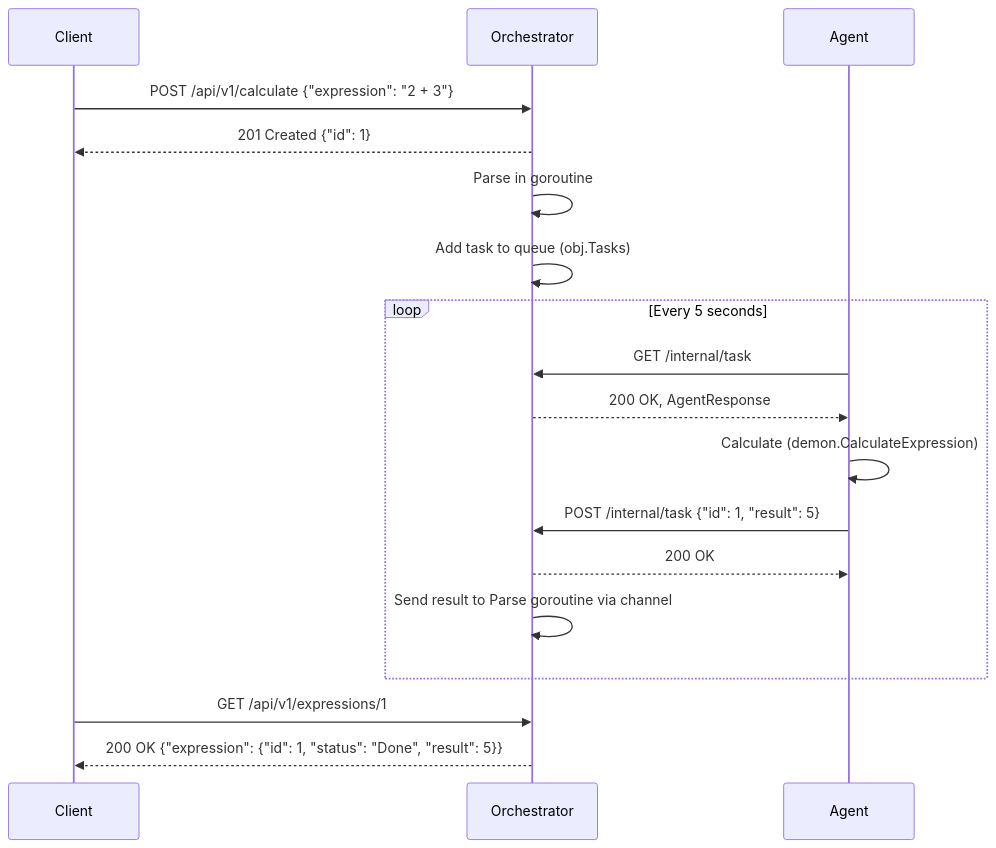
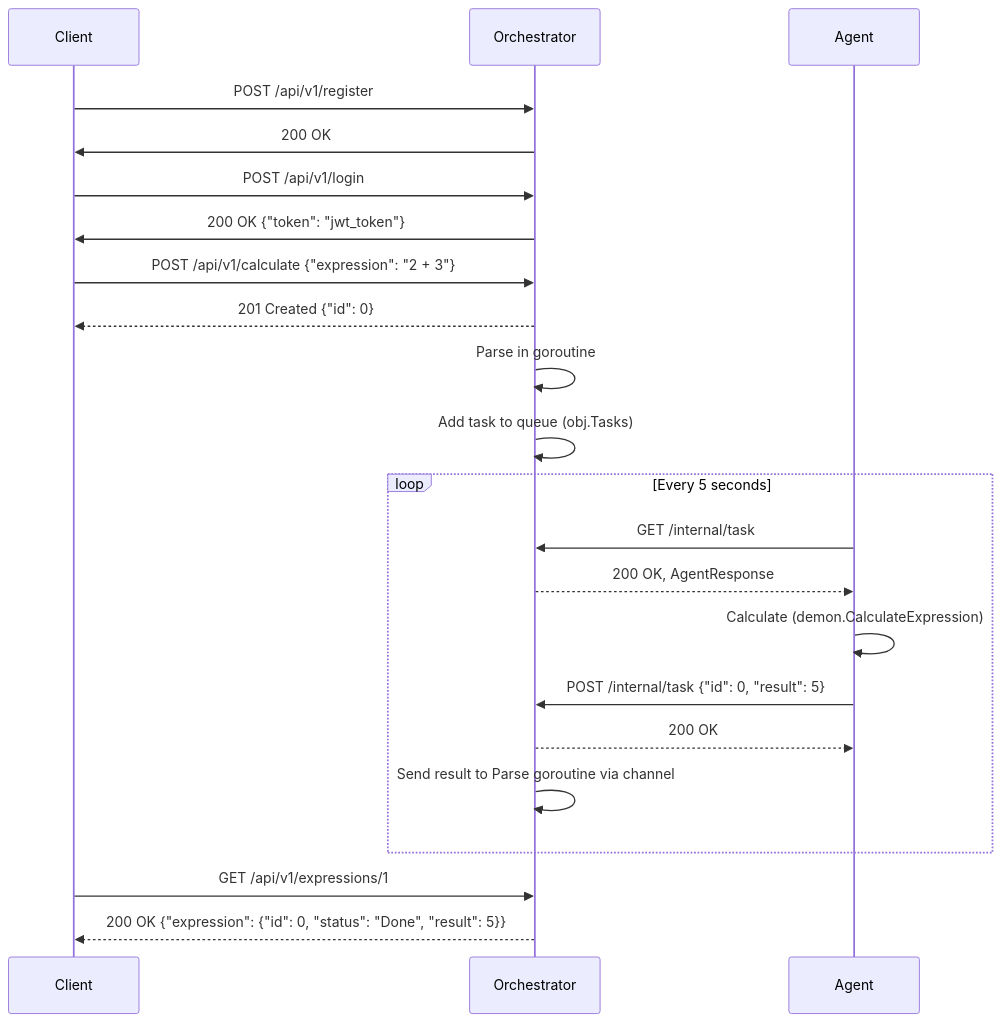
Before and after one commit to lazarevFedor/sprint2Final: the second of 2 diagrams in README.md, drawn with Mermaid. The commit also changed other lines of this file, not shown here.

````diff
--- a/README.md
+++ b/README.md
@@ -406,23 +416,26 @@
 ```mermaid
 sequenceDiagram
     participant C as Client
     participant O as Orchestrator
     participant A as Agent
-
+    C->>O: POST /api/v1/register
+    O->>C: 200 OK
+    C->>O: POST /api/v1/login
+    O->>C: 200 OK {"token": "jwt_token"}
     C->>O: POST /api/v1/calculate {"expression": "2 + 3"}
-    O-->>C: 201 Created {"id": 1}
+    O-->>C: 201 Created {"id": 0}
     O->>O: Parse in goroutine
     O->>O: Add task to queue (obj.Tasks)
 
     loop Every 5 seconds
         A->>O: GET /internal/task
         O-->>A: 200 OK, AgentResponse
         A->>A: Calculate (demon.CalculateExpression)
-        A->>O: POST /internal/task {"id": 1, "result": 5}
+        A->>O: POST /internal/task {"id": 0, "result": 5}
         O-->>A: 200 OK
         O->>O: Send result to Parse goroutine via channel
     end
 
     C->>O: GET /api/v1/expressions/1
-    O-->>C: 200 OK {"expression": {"id": 1, "status": "Done", "result": 5}}
+    O-->>C: 200 OK {"expression": {"id": 0, "status": "Done", "result": 5}}
 ```
````
